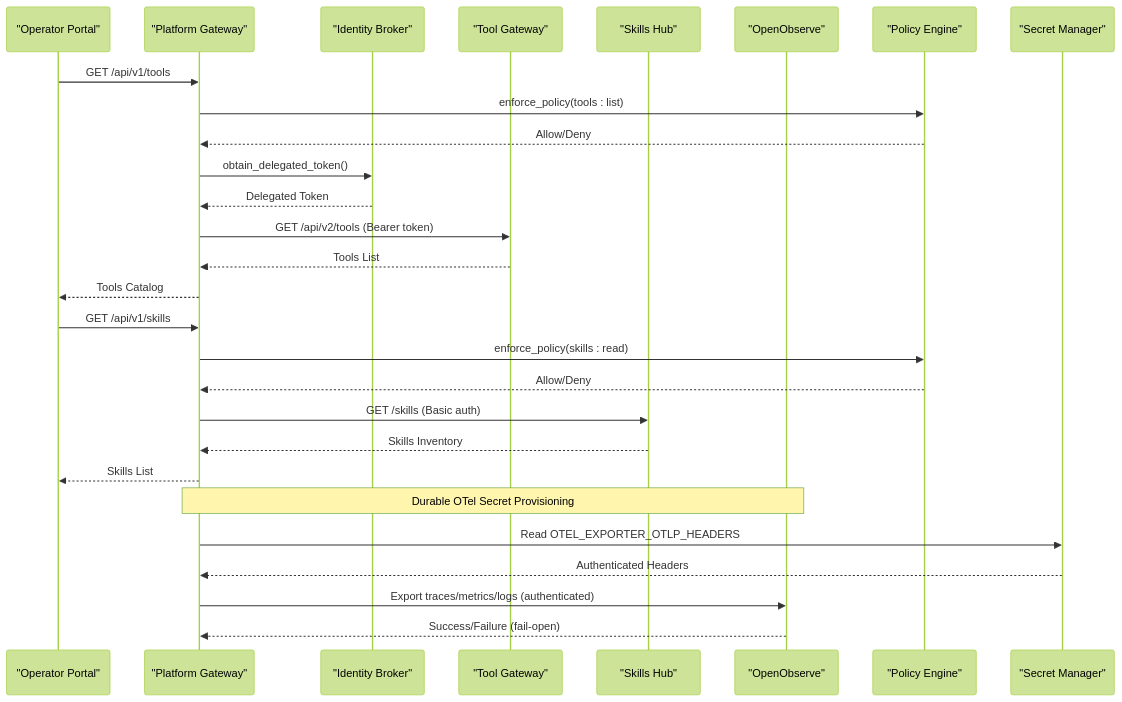
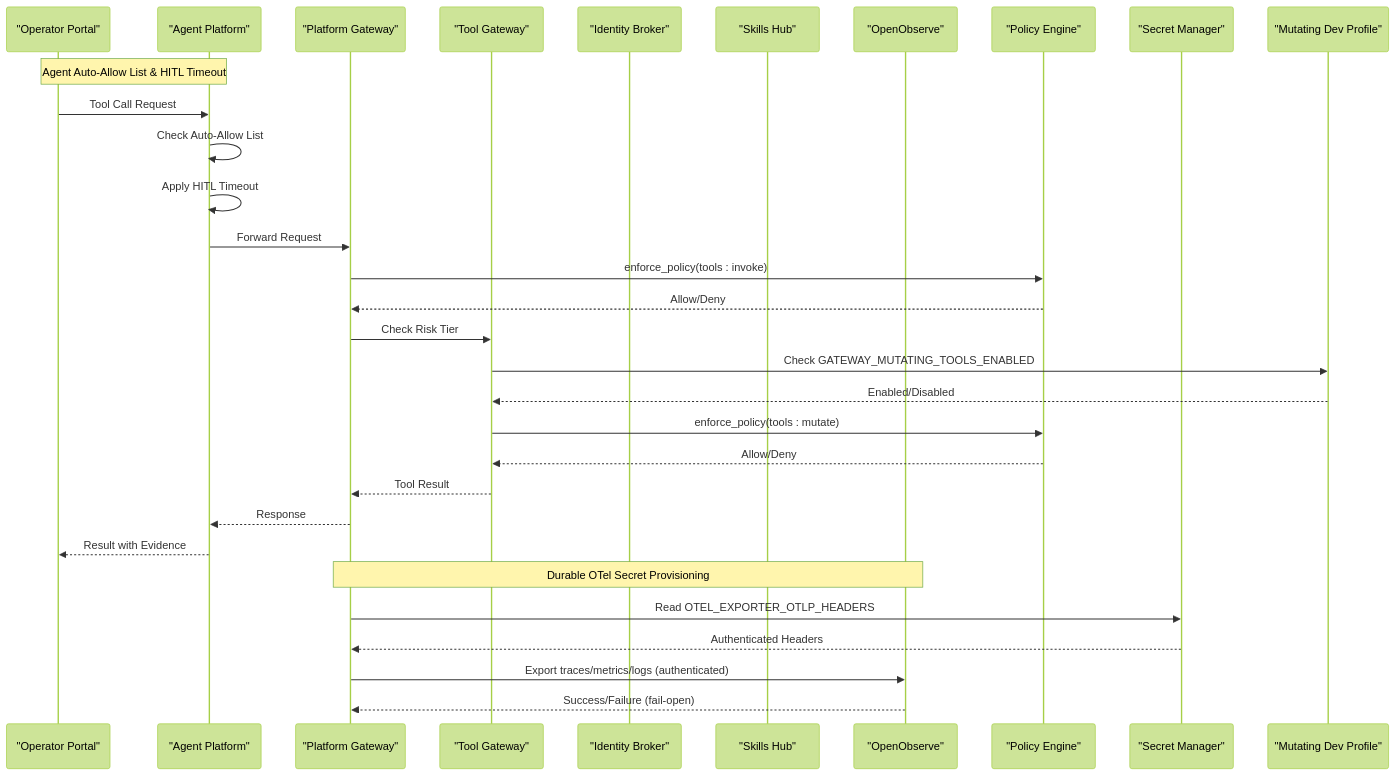
Before and after one commit to metasync/luban-aiops: the second of 13 diagrams in .qoder/repowiki/en/content/Tool Gateway Service/Configuration and Environment Setup.md, drawn with Mermaid (forest theme). The commit also changed other lines of this file and 43 other files, not shown here.

````diff
--- a/.qoder/repowiki/en/content/Tool Gateway Service/Configuration and Environment Setup.md
+++ b/.qoder/repowiki/en/content/Tool Gateway Service/Configuration and Environment Setup.md
@@ -161,30 +255,33 @@
 ```mermaid
 sequenceDiagram
 participant Portal as "Operator Portal"
+participant Agent as "Agent Platform"
 participant Gateway as "Platform Gateway"
+participant ToolGW as "Tool Gateway"
 participant Identity as "Identity Broker"
-participant Tools as "Tool Gateway"
 participant Skills as "Skills Hub"
 participant OTel as "OpenObserve"
 participant Policy as "Policy Engine"
 participant Secrets as "Secret Manager"
-Portal->>Gateway : GET /api/v1/tools
-Gateway->>Policy : enforce_policy(tools : list)
+participant MutDev as "Mutating Dev Profile"
+Note over Portal,Agent : Agent Auto-Allow List & HITL Timeout
+Portal->>Agent : Tool Call Request
+Agent->>Agent : Check Auto-Allow List
+Agent->>Agent : Apply HITL Timeout
+Agent->>Gateway : Forward Request
+Gateway->>Policy : enforce_policy(tools : invoke)
 Policy-->>Gateway : Allow/Deny
-Gateway->>Identity : obtain_delegated_token()
-Identity-->>Gateway : Delegated Token
-Gateway->>Tools : GET /api/v2/tools (Bearer token)
-Tools-->>Gateway : Tools List
-Gateway-->>Portal : Tools Catalog
-Portal->>Gateway : GET /api/v1/skills
-Gateway->>Policy : enforce_policy(skills : read)
-Policy-->>Gateway : Allow/Deny
-Gateway->>Skills : GET /skills (Basic auth)
-Skills-->>Gateway : Skills Inventory
-Gateway-->>Portal : Skills List
+Gateway->>ToolGW : Check Risk Tier
+ToolGW->>MutDev : Check GATEWAY_MUTATING_TOOLS_ENABLED
+MutDev-->>ToolGW : Enabled/Disabled
+ToolGW->>Policy : enforce_policy(tools : mutate)
+Policy-->>ToolGW : Allow/Deny
+ToolGW-->>Gateway : Tool Result
+Gateway-->>Agent : Response
+Agent-->>Portal : Result with Evidence
 Note over Gateway,OTel : Durable OTel Secret Provisioning
 Gateway->>Secrets : Read OTEL_EXPORTER_OTLP_HEADERS
 Secrets-->>Gateway : Authenticated Headers
 Gateway->>OTel : Export traces/metrics/logs (authenticated)
 OTel-->>Gateway : Success/Failure (fail-open)
 ```
````
